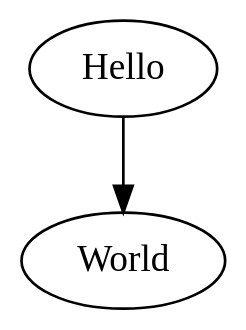
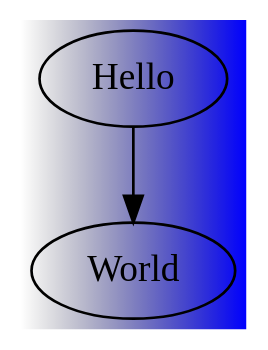
Before and after one commit to Qiu-Weidong/vscode-graphviz-extension: the diagram in examples/hello.dot, drawn with Graphviz. The commit also changed other lines of this file and 4 other files, not shown here.

```diff
--- a/examples/hello.dot
+++ b/examples/hello.dot
@@ -1,5 +1,9 @@
+
+
+
+
 digraph G{
   Hello -> World;
   
-  bgcolor="transparent";
+  bgcolor="transparent:blue";
 }
```
